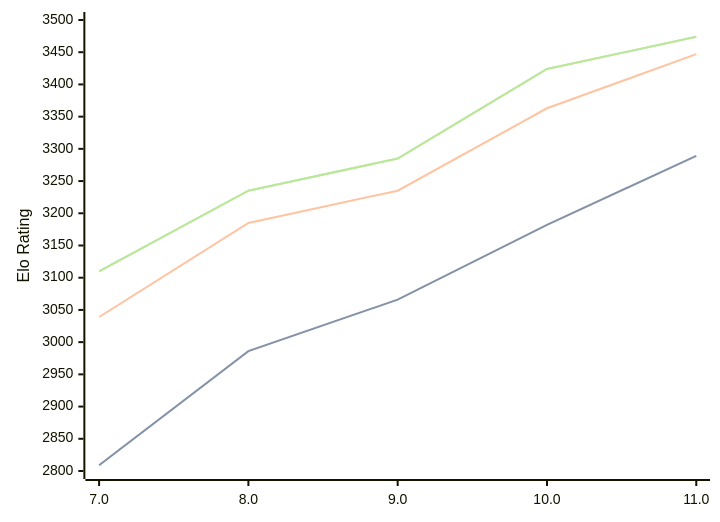
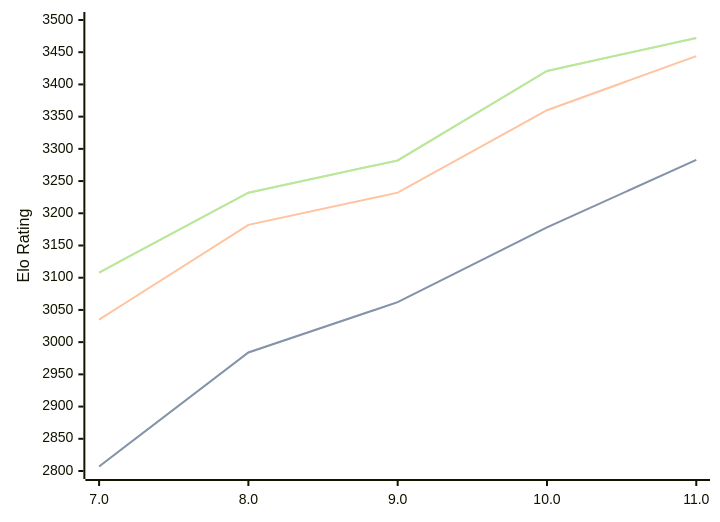
One commit to computer-chess-index/cci changed the diagram in engines/Tcheran.md. Above: the diagram before and after it, drawn with Mermaid. The commit also changed other lines of this file, not shown here.

Commit message:
Update CCI Ratings (ELO VLTC) - 2026-03-10

````diff
--- a/engines/Tcheran.md
+++ b/engines/Tcheran.md
@@ -47,11 +47,11 @@
 ```mermaid
 %%{init: {"theme":"base","themeVariables":{"seriesColors:['#a3a3a3','#222221','#faa371']}}}%%
 xychart-beta
   x-axis ["7.0", "8.0", "9.0", "10.0", "11.0"]
   y-axis "Elo Rating" 2800 --> 3500
-  line "STC (8.0+0.08s)" [2809, 2986, 3066, 3182, 3289]
-  line "STC (8.0+0.08s)" [2809, 2986, 3066, 3182, 3289]
-  line "LTC (60.0+0.60s)" [3039, 3185, 3235, 3363, 3447]
-  line "VLTC (2m24s+1.12s)" [3110, 3235, 3285, 3424, 3474]
-  line "VLTC (2m24s+1.12s)" [3110, 3235, 3285, 3424, 3474]
+  line "STC (8.0+0.08s)" [2807, 2984, 3062, 3178, 3283]
+  line "STC (8.0+0.08s)" [2807, 2984, 3062, 3178, 3283]
+  line "LTC (60.0+0.60s)" [3035, 3182, 3232, 3360, 3444]
+  line "VLTC (2m24s+1.12s)" [3108, 3232, 3282, 3421, 3472]
+  line "VLTC (2m24s+1.12s)" [3108, 3232, 3282, 3421, 3472]
 ```
````
